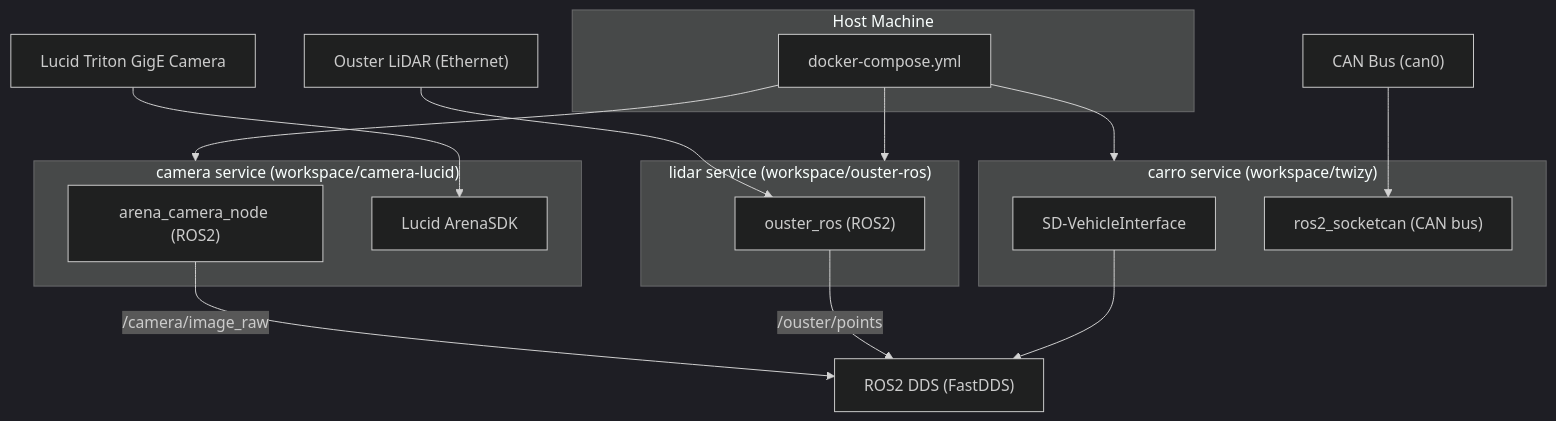
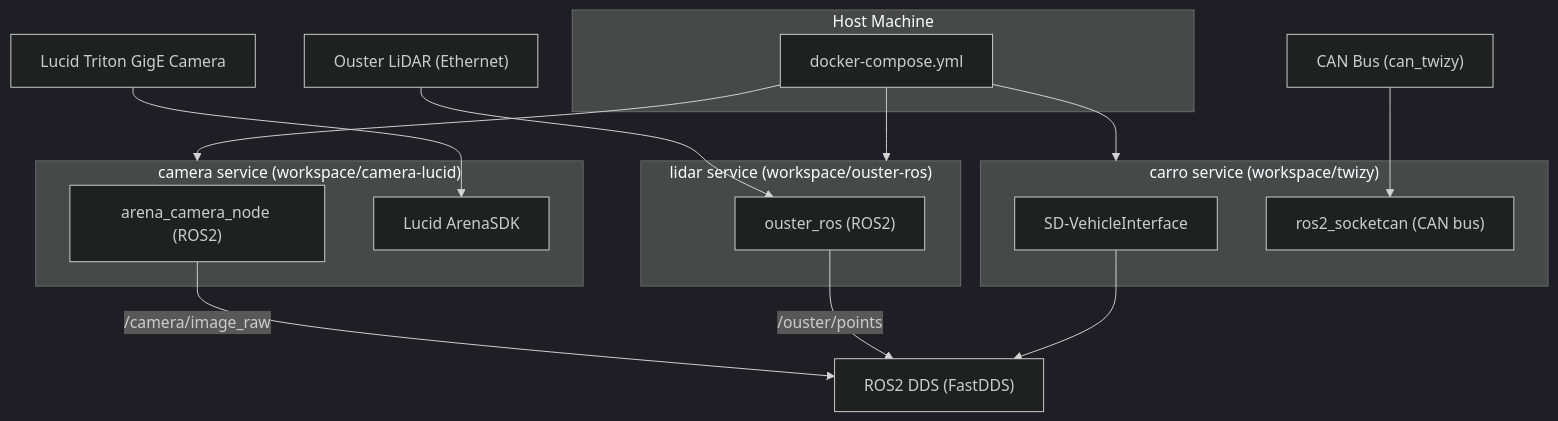
Before and after one commit to AKCIT-RL/twizy: the diagram in docs/index.en.md, drawn with Mermaid (dark theme). The commit also changed 14 other files, not shown here.

````diff
--- a/docs/index.en.md
+++ b/docs/index.en.md
@@ -7,32 +7,32 @@
 ```mermaid
 graph TB
     subgraph host["Host Machine"]
         dc["docker-compose.yml"]
     end
 
     subgraph camera["camera service (workspace/camera-lucid)"]
         cam_node["arena_camera_node (ROS2)"]
         cam_sdk["Lucid ArenaSDK"]
     end
 
     subgraph lidar["lidar service (workspace/ouster-ros)"]
         ouster_node["ouster_ros (ROS2)"]
     end
 
     subgraph vehicle["carro service (workspace/twizy)"]
         vi["SD-VehicleInterface"]
         can["ros2_socketcan (CAN bus)"]
     end
 
     hw_cam["Lucid Triton GigE Camera"] --> cam_sdk
     hw_lidar["Ouster LiDAR (Ethernet)"] --> ouster_node
-    hw_can["CAN Bus (can0)"] --> can
+    hw_can["CAN Bus (can_twizy)"] --> can
 
     dc --> camera
     dc --> lidar
     dc --> vehicle
 
     cam_node -->|"/camera/image_raw"| ros2_net["ROS2 DDS (FastDDS)"]
     ouster_node -->|"/ouster/points"| ros2_net
     vi --> ros2_net
 ```
````
